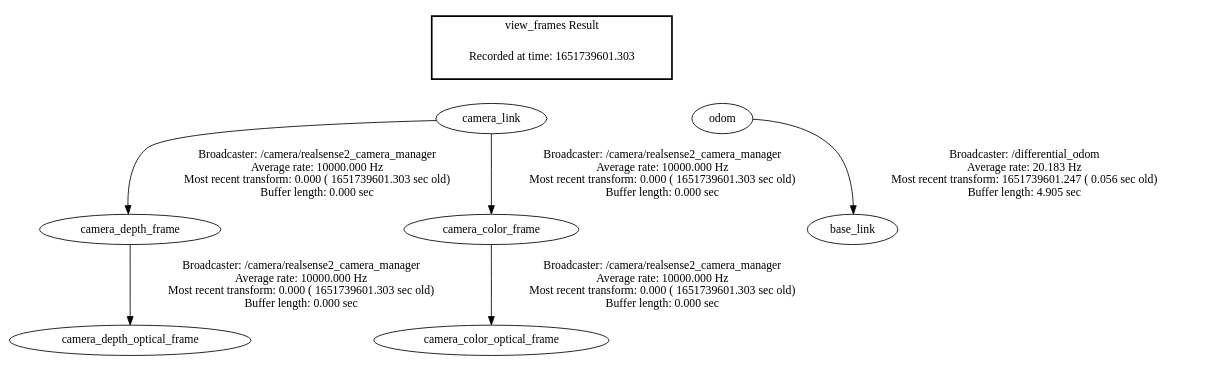
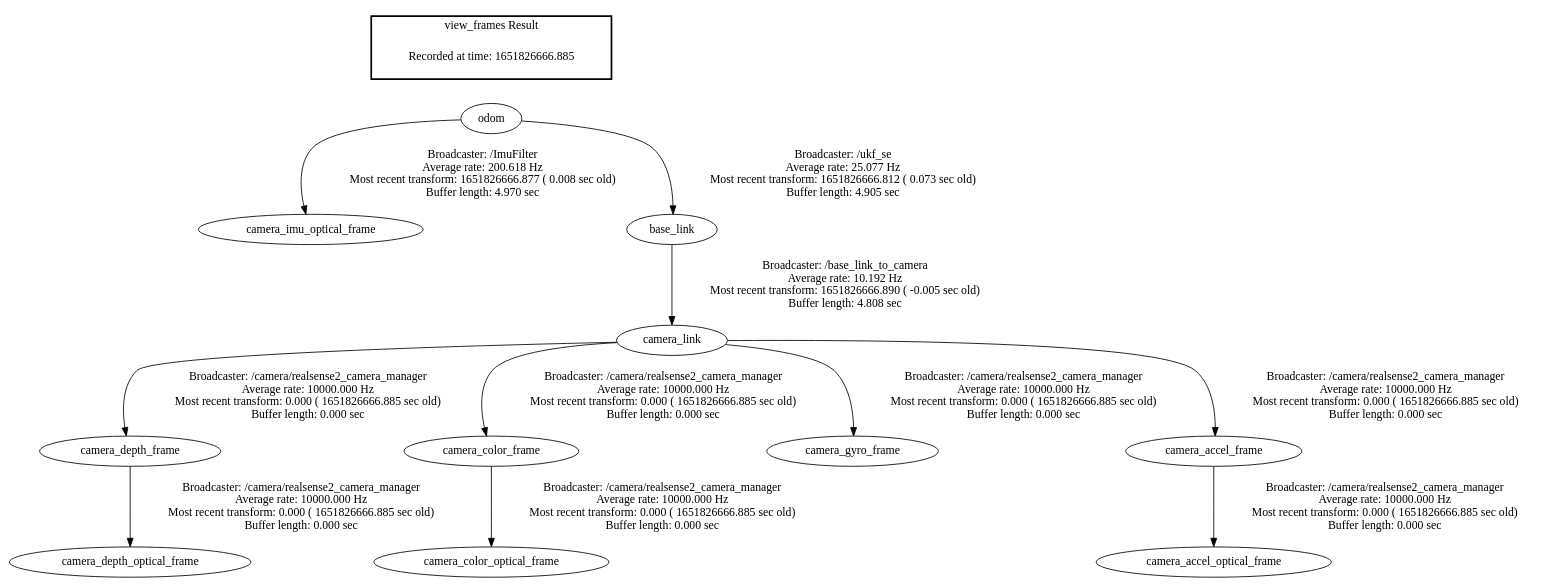
Before and after one commit to Honza0297/ros-trilobot: the diagram in launch/frames.gv, drawn with Graphviz. The commit also changed 6 other files, not shown here.

```diff
--- a/launch/frames.gv
+++ b/launch/frames.gv
@@ -1,15 +1,16 @@
 digraph G {
-"camera_link" -> "camera_depth_frame"[label="Broadcaster: /camera/realsense2_camera_manager\nAverage rate: 10000.000 Hz\nMost recent transform: 0.000 ( 1651739601.303 sec old)\nBuffer length: 0.000 sec\n"];
-"camera_depth_frame" -> "camera_depth_optical_frame"[label="Broadcaster: /camera/realsense2_camera_manager\nAverage rate: 10000.000 Hz\nMost recent transform: 0.000 ( 1651739601.303 sec old)\nBuffer length: 0.000 sec\n"];
-"camera_link" -> "camera_color_frame"[label="Broadcaster: /camera/realsense2_camera_manager\nAverage rate: 10000.000 Hz\nMost recent transform: 0.000 ( 1651739601.303 sec old)\nBuffer length: 0.000 sec\n"];
-"camera_color_frame" -> "camera_color_optical_frame"[label="Broadcaster: /camera/realsense2_camera_manager\nAverage rate: 10000.000 Hz\nMost recent transform: 0.000 ( 1651739601.303 sec old)\nBuffer length: 0.000 sec\n"];
-"odom" -> "base_link"[label="Broadcaster: /differential_odom\nAverage rate: 20.183 Hz\nMost recent transform: 1651739601.247 ( 0.056 sec old)\nBuffer length: 4.905 sec\n"];
+"odom" -> "camera_imu_optical_frame"[label="Broadcaster: /ImuFilter\nAverage rate: 200.618 Hz\nMost recent transform: 1651826666.877 ( 0.008 sec old)\nBuffer length: 4.970 sec\n"];
+"camera_link" -> "camera_depth_frame"[label="Broadcaster: /camera/realsense2_camera_manager\nAverage rate: 10000.000 Hz\nMost recent transform: 0.000 ( 1651826666.885 sec old)\nBuffer length: 0.000 sec\n"];
+"base_link" -> "camera_link"[label="Broadcaster: /base_link_to_camera\nAverage rate: 10.192 Hz\nMost recent transform: 1651826666.890 ( -0.005 sec old)\nBuffer length: 4.808 sec\n"];
+"camera_depth_frame" -> "camera_depth_optical_frame"[label="Broadcaster: /camera/realsense2_camera_manager\nAverage rate: 10000.000 Hz\nMost recent transform: 0.000 ( 1651826666.885 sec old)\nBuffer length: 0.000 sec\n"];
+"camera_link" -> "camera_color_frame"[label="Broadcaster: /camera/realsense2_camera_manager\nAverage rate: 10000.000 Hz\nMost recent transform: 0.000 ( 1651826666.885 sec old)\nBuffer length: 0.000 sec\n"];
+"camera_color_frame" -> "camera_color_optical_frame"[label="Broadcaster: /camera/realsense2_camera_manager\nAverage rate: 10000.000 Hz\nMost recent transform: 0.000 ( 1651826666.885 sec old)\nBuffer length: 0.000 sec\n"];
+"camera_link" -> "camera_gyro_frame"[label="Broadcaster: /camera/realsense2_camera_manager\nAverage rate: 10000.000 Hz\nMost recent transform: 0.000 ( 1651826666.885 sec old)\nBuffer length: 0.000 sec\n"];
+"camera_link" -> "camera_accel_frame"[label="Broadcaster: /camera/realsense2_camera_manager\nAverage rate: 10000.000 Hz\nMost recent transform: 0.000 ( 1651826666.885 sec old)\nBuffer length: 0.000 sec\n"];
+"camera_accel_frame" -> "camera_accel_optical_frame"[label="Broadcaster: /camera/realsense2_camera_manager\nAverage rate: 10000.000 Hz\nMost recent transform: 0.000 ( 1651826666.885 sec old)\nBuffer length: 0.000 sec\n"];
+"odom" -> "base_link"[label="Broadcaster: /ukf_se\nAverage rate: 25.077 Hz\nMost recent transform: 1651826666.812 ( 0.073 sec old)\nBuffer length: 4.905 sec\n"];
 edge [style=invis];
  subgraph cluster_legend { style=bold; color=black; label ="view_frames Result";
-"Recorded at time: 1651739601.303"[ shape=plaintext ] ;
- }->"camera_link";
-edge [style=invis];
- subgraph cluster_legend { style=bold; color=black; label ="view_frames Result";
-"Recorded at time: 1651739601.303"[ shape=plaintext ] ;
+"Recorded at time: 1651826666.885"[ shape=plaintext ] ;
  }->"odom";
 }
```
